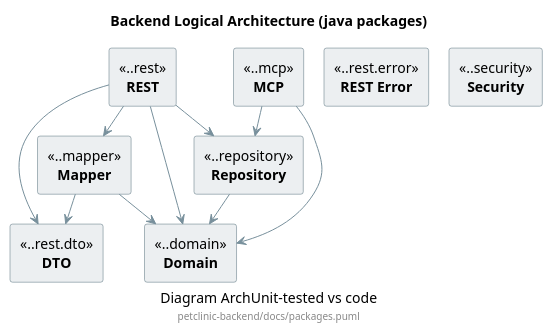
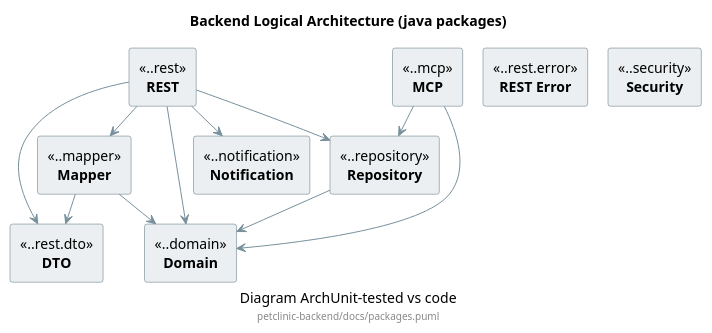
The diagram in petclinic-backend/docs/packages.puml (kashann/petclinic), drawn with PlantUML before and after one commit. The commit also changed 14 other files, not shown here.

First line of the commit message:
Notification module, drawn as its own participant in the sequence diagrams

```diff
--- a/petclinic-backend/docs/packages.puml
+++ b/petclinic-backend/docs/packages.puml
@@ -1,46 +1,48 @@
 @startuml
 
 title Backend Logical Architecture (java packages)
 caption Diagram ArchUnit-tested vs code
 footer petclinic-backend/docs/packages.puml
 
 skinparam shadowing false
 skinparam componentStyle rectangle
 skinparam nodesep 20
 skinparam ranksep 30
 <style>
 component {
   BackGroundColor #ECEFF1
   LineColor #546E7A
   FontStyle bold
   ' only the component name is bold; the package pattern above it stays plain
   ' (never write a stereotype in a comment — PackagesArchTest greps the raw file)
   stereotype {
     FontStyle plain
   }
 }
 arrow {
   LineColor #78909C
 }
 </style>
 
 [REST] <<..rest>>
 [MCP] <<..mcp>>
 [REST Error] <<..rest.error>>
 [Security] <<..security>>
 [Mapper] <<..mapper>>
 [Repository] <<..repository>>
+[Notification] <<..notification>>
 [DTO] <<..rest.dto>>
 [Domain] <<..domain>>
 
 [Repository] --> [Domain]
 [Mapper] --> [Domain]
 [Mapper] --> [DTO]
 [REST] --> [Domain]
 [REST] --> [Repository]
 [REST] --> [Mapper]
 [REST] --> [DTO]
+[REST] --> [Notification]
 [MCP] --> [Domain]
 [MCP] --> [Repository]
 
 @enduml
```
